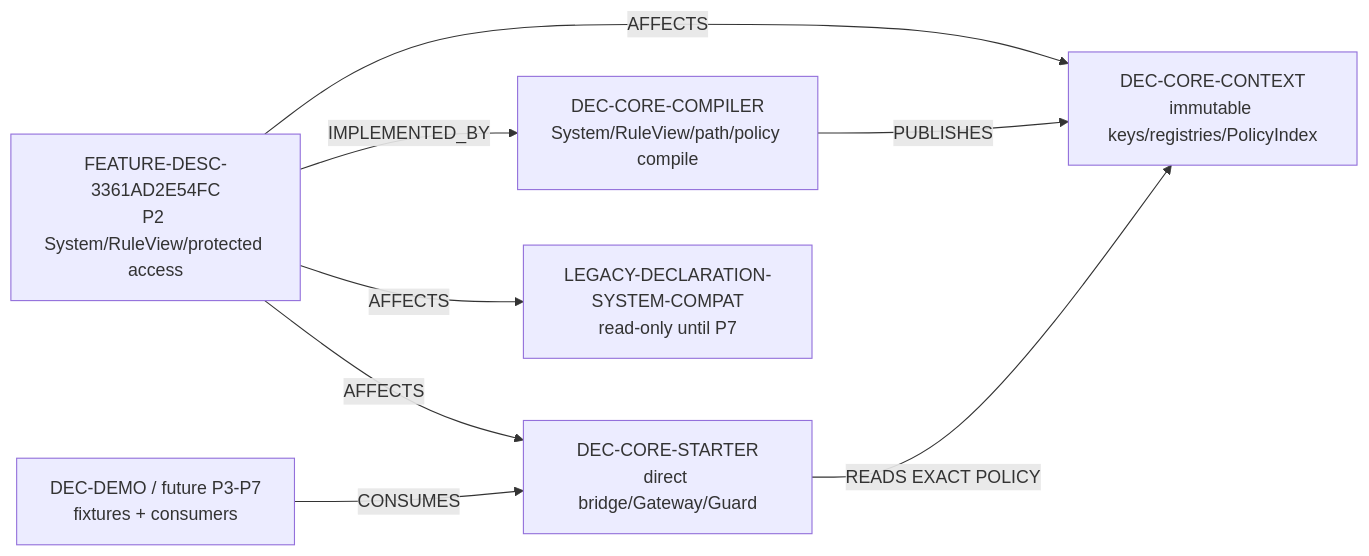
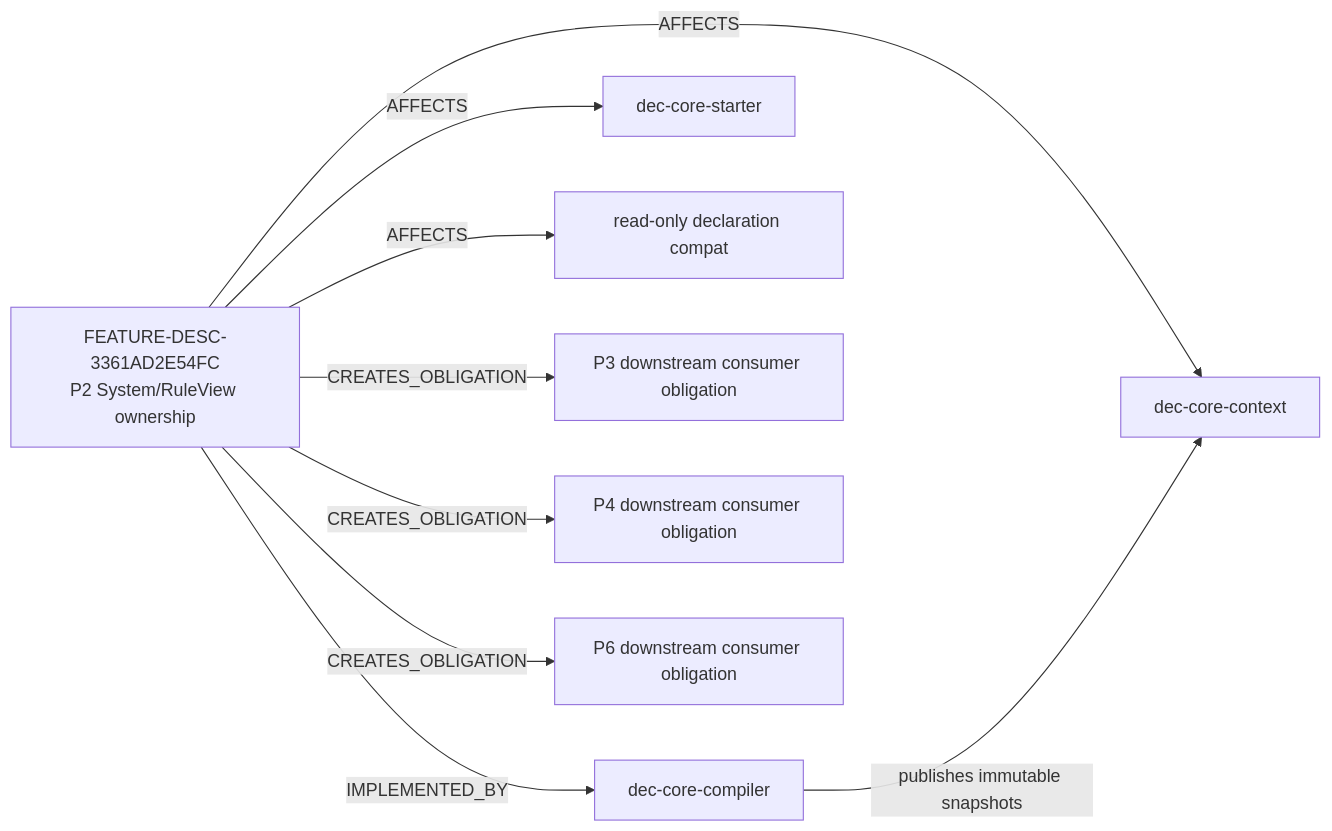
One commit to szlwin/doc-eq-code-Dgremlin changed the first of 3 diagrams in project_doc/docs/_relations/dependency_graph.md. Above: the diagram before and after it, drawn with Mermaid. The commit also changed other lines of this file and 13 other files, not shown here.

````diff
--- a/project_doc/docs/_relations/dependency_graph.md
+++ b/project_doc/docs/_relations/dependency_graph.md
@@ -11,16 +11,20 @@
 ```mermaid
 flowchart LR
-  F["FEATURE-DESC-3361AD2E54FC\nP2 System/RuleView/protected access"]
-  C["DEC-CORE-COMPILER\nSystem/RuleView/path/policy compile"]
-  X["DEC-CORE-CONTEXT\nimmutable keys/registries/PolicyIndex"]
-  S["DEC-CORE-STARTER\ndirect bridge/Gateway/Guard"]
-  D["DEC-DEMO / future P3-P7\nfixtures + consumers"]
-  L["LEGACY-DECLARATION-SYSTEM-COMPAT\nread-only until P7"]
-  F -->|IMPLEMENTED_BY| C
-  F -->|AFFECTS| X
-  F -->|AFFECTS| S
-  F -->|AFFECTS| L
-  D -->|CONSUMES| S
-  C -->|PUBLISHES| X
-  S -->|READS EXACT POLICY| X
+  P2["FEATURE-DESC-3361AD2E54FC\nP2 System/RuleView ownership"]
+  C["dec-core-compiler"]
+  X["dec-core-context"]
+  S["dec-core-starter"]
+  D["read-only declaration compat"]
+  P3["P3 downstream consumer obligation"]
+  P4["P4 downstream consumer obligation"]
+  P6["P6 downstream consumer obligation"]
+
+  P2 -->|IMPLEMENTED_BY| C
+  P2 -->|AFFECTS| X
+  P2 -->|AFFECTS| S
+  P2 -->|AFFECTS| D
+  P2 -->|CREATES_OBLIGATION| P3
+  P2 -->|CREATES_OBLIGATION| P4
+  P2 -->|CREATES_OBLIGATION| P6
+  C -->|publishes immutable snapshots| X
 ```
````
